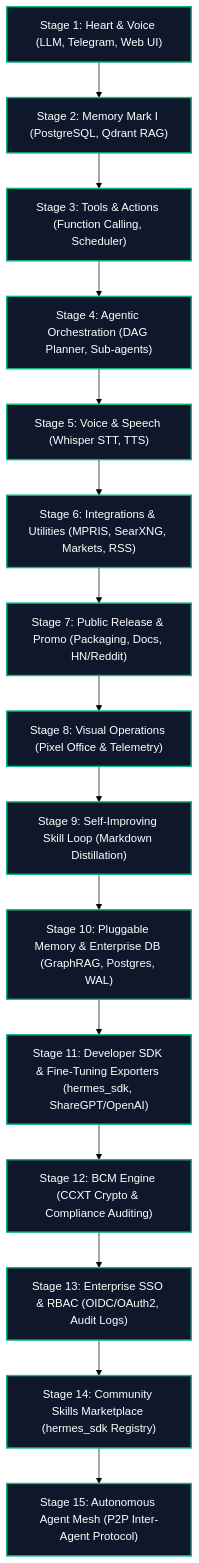
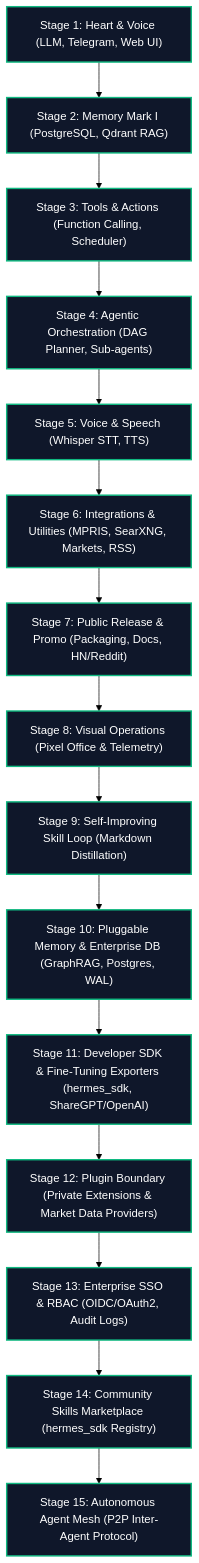
One commit to pauloberezini/hermes-synapse changed the first of 2 diagrams in ROADMAP.md. Above: the diagram before and after it, drawn with Mermaid (forest theme). The commit also changed other lines of this file and 67 other files, not shown here.

Commit message:
release: v1.4.0 — plugin boundary hygiene, provider hook, docs, publish script

````diff
--- a/ROADMAP.md
+++ b/ROADMAP.md
@@ -11,33 +11,33 @@
 ```mermaid
 graph TD
     Stage1["Stage 1: Heart & Voice (LLM, Telegram, Web UI)"] --> Stage2["Stage 2: Memory Mark I (PostgreSQL, Qdrant RAG)"]
     Stage2 --> Stage3["Stage 3: Tools & Actions (Function Calling, Scheduler)"]
     Stage3 --> Stage4["Stage 4: Agentic Orchestration (DAG Planner, Sub-agents)"]
     Stage4 --> Stage5["Stage 5: Voice & Speech (Whisper STT, TTS)"]
     Stage5 --> Stage6["Stage 6: Integrations & Utilities (MPRIS, SearXNG, Markets, RSS)"]
     Stage6 --> Stage7["Stage 7: Public Release & Promo (Packaging, Docs, HN/Reddit)"]
     Stage7 --> Stage8["Stage 8: Visual Operations (Pixel Office & Telemetry)"]
     Stage8 --> Stage9["Stage 9: Self-Improving Skill Loop (Markdown Distillation)"]
     Stage9 --> Stage10["Stage 10: Pluggable Memory & Enterprise DB (GraphRAG, Postgres, WAL)"]
     Stage10 --> Stage11["Stage 11: Developer SDK & Fine-Tuning Exporters (hermes_sdk, ShareGPT/OpenAI)"]
-    Stage11 --> Stage12["Stage 12: BCM Engine (CCXT Crypto & Compliance Auditing)"]
+    Stage11 --> Stage12["Stage 12: Plugin Boundary (Private Extensions & Market Data Providers)"]
     Stage12 --> Stage13["Stage 13: Enterprise SSO & RBAC (OIDC/OAuth2, Audit Logs)"]
     Stage13 --> Stage14["Stage 14: Community Skills Marketplace (hermes_sdk Registry)"]
     Stage14 --> Stage15["Stage 15: Autonomous Agent Mesh (P2P Inter-Agent Protocol)"]
     
     style Stage1 fill:#0f172a,stroke:#10b981,stroke-width:2px,color:#fff
     style Stage2 fill:#0f172a,stroke:#10b981,stroke-width:2px,color:#fff
     style Stage3 fill:#0f172a,stroke:#10b981,stroke-width:2px,color:#fff
     style Stage4 fill:#0f172a,stroke:#10b981,stroke-width:2px,color:#fff
     style Stage5 fill:#0f172a,stroke:#10b981,stroke-width:2px,color:#fff
     style Stage6 fill:#0f172a,stroke:#10b981,stroke-width:2px,color:#fff
     style Stage7 fill:#0f172a,stroke:#10b981,stroke-width:2px,color:#fff
     style Stage8 fill:#0f172a,stroke:#10b981,stroke-width:2px,color:#fff
     style Stage9 fill:#0f172a,stroke:#10b981,stroke-width:2px,color:#fff
     style Stage10 fill:#0f172a,stroke:#10b981,stroke-width:2px,color:#fff
     style Stage11 fill:#0f172a,stroke:#10b981,stroke-width:2px,color:#fff
     style Stage12 fill:#0f172a,stroke:#10b981,stroke-width:2px,color:#fff
     style Stage13 fill:#0f172a,stroke:#10b981,stroke-width:2px,color:#fff
     style Stage14 fill:#0f172a,stroke:#10b981,stroke-width:2px,color:#fff
     style Stage15 fill:#0f172a,stroke:#10b981,stroke-width:2px,color:#fff
 ```
````
